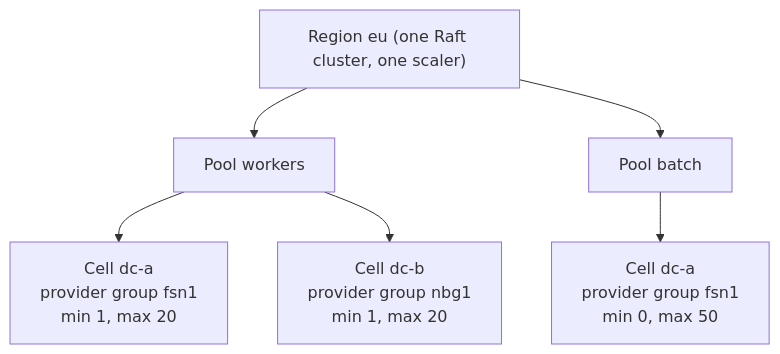
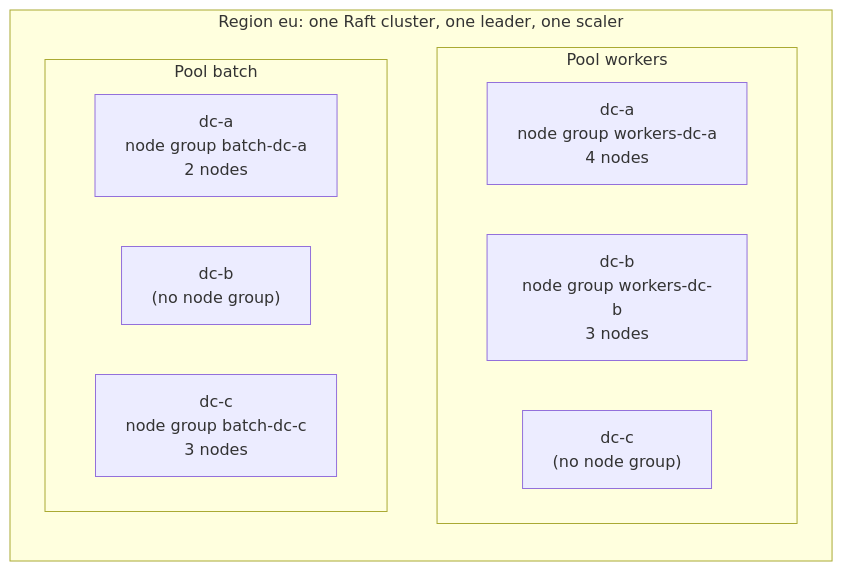
One commit to bacanoo-io/norca-doc changed the second of 10 diagrams in content/docs/design/cluster-scaling-plan.md. Above: the diagram before and after it, drawn with Mermaid. The commit also changed other lines of this file, not shown here.

Commit message:
Cluster scaling plan: node group as the region-local scaling unit, Traefik and mTLS example

````diff
--- a/content/docs/design/cluster-scaling-plan.md
+++ b/content/docs/design/cluster-scaling-plan.md
@@ -90,8 +93,18 @@
 ```mermaid
-flowchart TB
-  R["Region eu (one Raft cluster, one scaler)"] --> P1["Pool workers"]
-  R --> P2["Pool batch"]
-  P1 --> C1["Cell dc-a<br/>provider group fsn1<br/>min 1, max 20"]
-  P1 --> C2["Cell dc-b<br/>provider group nbg1<br/>min 1, max 20"]
-  P2 --> C3["Cell dc-a<br/>provider group fsn1<br/>min 0, max 50"]
+flowchart LR
+  subgraph R["Region eu: one Raft cluster, one leader, one scaler"]
+    direction TB
+    subgraph W["Pool workers"]
+      direction LR
+      WA["dc-a<br/>node group workers-dc-a<br/>4 nodes"]
+      WB["dc-b<br/>node group workers-dc-b<br/>3 nodes"]
+      WC["dc-c<br/>(no node group)"]
+    end
+    subgraph B["Pool batch"]
+      direction LR
+      BA["dc-a<br/>node group batch-dc-a<br/>2 nodes"]
+      BB["dc-b<br/>(no node group)"]
+      BC["dc-c<br/>node group batch-dc-c<br/>3 nodes"]
+    end
+  end
 ```
````
